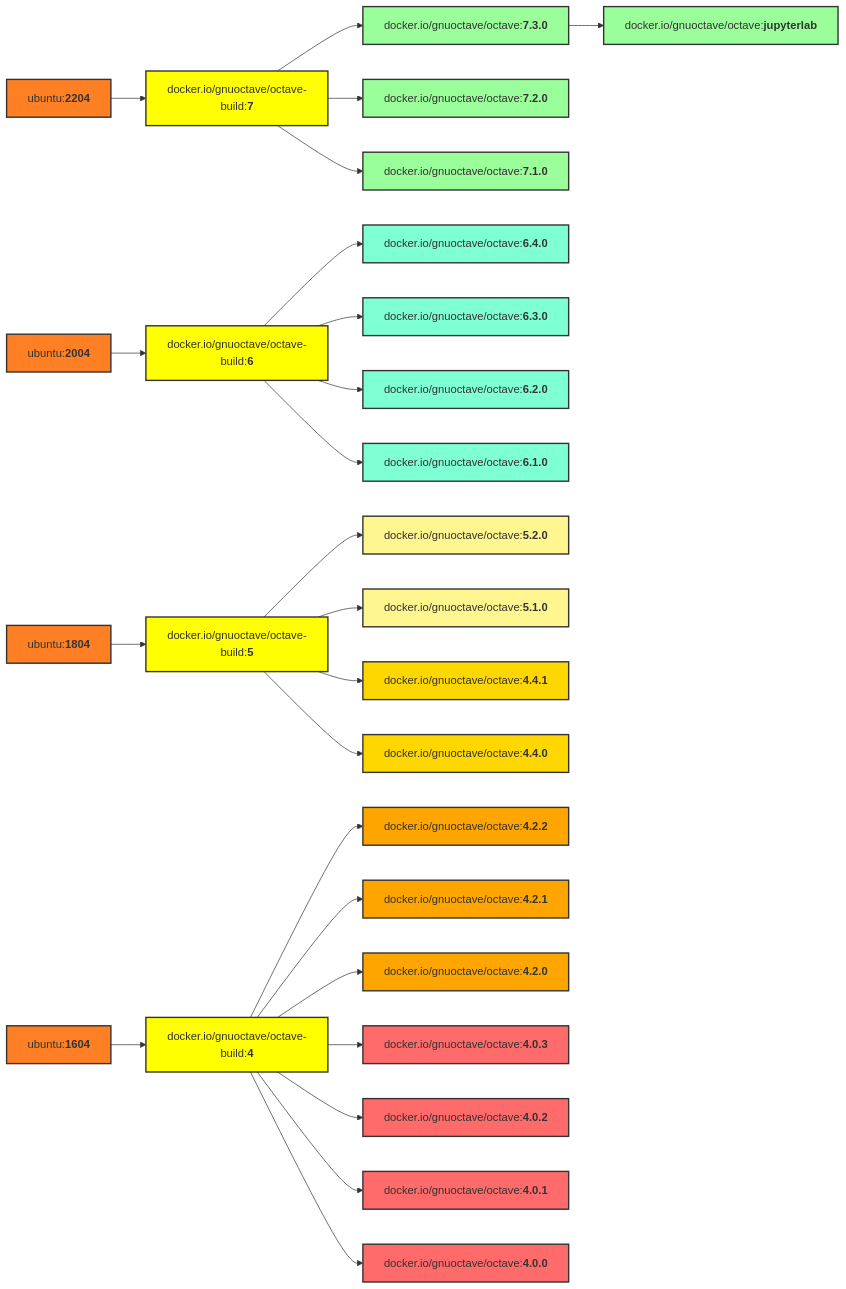
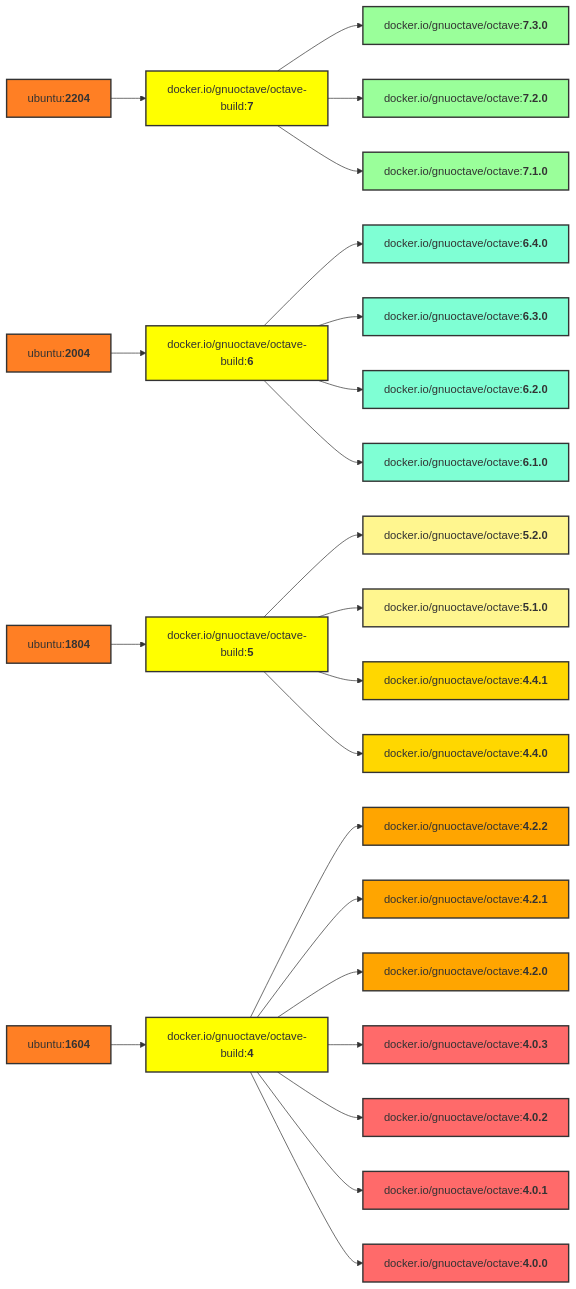
The diagram in README.md (gnu-octave/docker), drawn with Mermaid before and after one commit. The commit also changed other lines of this file and 10 other files, not shown here.

````diff
--- a/README.md
+++ b/README.md
@@ -85,61 +84,59 @@
 ```mermaid
 graph LR
     U4[ubuntu:<b>2204</b>] --> b7[docker.io/gnuoctave/octave-build:<b>7</b>];
     U3[ubuntu:<b>2004</b>] --> b6[docker.io/gnuoctave/octave-build:<b>6</b>];
     U2[ubuntu:<b>1804</b>] --> b5[docker.io/gnuoctave/octave-build:<b>5</b>];
     U1[ubuntu:<b>1604</b>] --> b4[docker.io/gnuoctave/octave-build:<b>4</b>];
     b7 --> v730[docker.io/gnuoctave/octave:<b>7.3.0</b>];
     b7 --> v720[docker.io/gnuoctave/octave:<b>7.2.0</b>];
     b7 --> v710[docker.io/gnuoctave/octave:<b>7.1.0</b>];
     b6 --> v640[docker.io/gnuoctave/octave:<b>6.4.0</b>];
     b6 --> v630[docker.io/gnuoctave/octave:<b>6.3.0</b>];
     b6 --> v620[docker.io/gnuoctave/octave:<b>6.2.0</b>];
     b6 --> v610[docker.io/gnuoctave/octave:<b>6.1.0</b>];
     b5 --> v520[docker.io/gnuoctave/octave:<b>5.2.0</b>];
     b5 --> v510[docker.io/gnuoctave/octave:<b>5.1.0</b>];
     b5 --> v441[docker.io/gnuoctave/octave:<b>4.4.1</b>];
     b5 --> v440[docker.io/gnuoctave/octave:<b>4.4.0</b>];
     b4 --> v422[docker.io/gnuoctave/octave:<b>4.2.2</b>];
     b4 --> v421[docker.io/gnuoctave/octave:<b>4.2.1</b>];
     b4 --> v420[docker.io/gnuoctave/octave:<b>4.2.0</b>];
     b4 --> v403[docker.io/gnuoctave/octave:<b>4.0.3</b>];
     b4 --> v402[docker.io/gnuoctave/octave:<b>4.0.2</b>];
     b4 --> v401[docker.io/gnuoctave/octave:<b>4.0.1</b>];
     b4 --> v400[docker.io/gnuoctave/octave:<b>4.0.0</b>];
-    v730 --> jl[docker.io/gnuoctave/octave:<b>jupyterlab</b>];
     classDef U fill:#ff7f24,stroke:#333,stroke-width:2px;
     class U1 U;
     class U2 U;
     class U3 U;
     class U4 U;
     classDef b fill:#ff0,stroke:#333,stroke-width:2px;
     class b4 b;
     class b5 b;
     class b6 b;
     class b7 b;
     classDef age1 fill:#9aff9a,stroke:#333,stroke-width:2px;
     classDef age2 fill:#7fffd4,stroke:#333,stroke-width:2px;
     classDef age3 fill:#fff68f,stroke:#333,stroke-width:2px;
     classDef age4 fill:#ffd700,stroke:#333,stroke-width:2px;
     classDef age5 fill:#ffa500,stroke:#333,stroke-width:2px;
     classDef age6 fill:#ff6a6a,stroke:#333,stroke-width:2px;
-    class jl age1;
     class v730 age1;
     class v720 age1;
     class v710 age1;
     class v640 age2;
     class v630 age2;
     class v620 age2;
     class v610 age2;
     class v520 age3;
     class v510 age3;
     class v441 age4;
     class v440 age4;
     class v422 age5;
     class v421 age5;
     class v420 age5;
     class v403 age6;
     class v402 age6;
     class v401 age6;
     class v400 age6;
 ```
````
